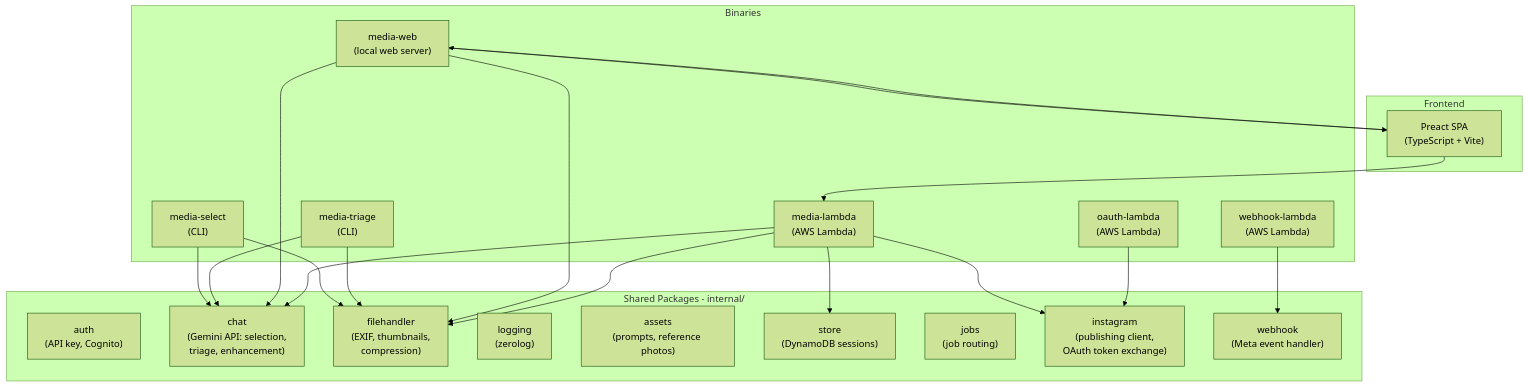
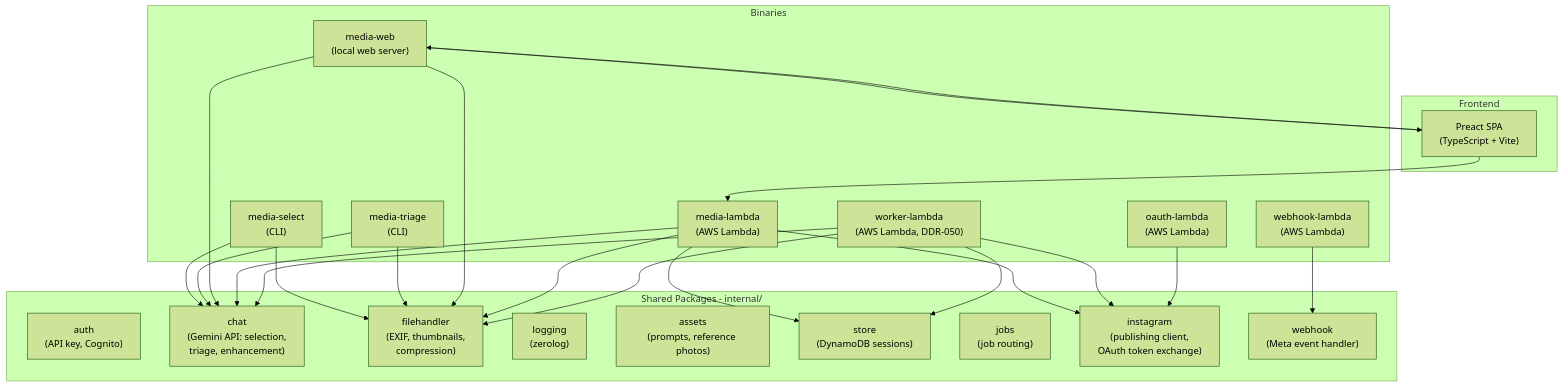
Before and after one commit to francis-pang/ai-social-media-helper: the first of 4 diagrams in docs/architecture.md, drawn with Mermaid (forest theme). The commit also changed other lines of this file and 25 other files, not shown here.

First line of the commit message:
feat: replace goroutines with async dispatch via Worker Lambda and DynamoDB (DDR-050)

````diff
--- a/docs/architecture.md
+++ b/docs/architecture.md
@@ -7,43 +7,48 @@
 ```mermaid
 graph TD
     subgraph binaries [Binaries]
         MediaSelect["media-select\n(CLI)"]
         MediaTriage["media-triage\n(CLI)"]
         MediaWeb["media-web\n(local web server)"]
         MediaLambda["media-lambda\n(AWS Lambda)"]
+        WorkerLambdaBin["worker-lambda\n(AWS Lambda, DDR-050)"]
         WebhookLambda["webhook-lambda\n(AWS Lambda)"]
         OAuthLambda["oauth-lambda\n(AWS Lambda)"]
     end
 
     subgraph internal [Shared Packages - internal/]
         Auth["auth\n(API key, Cognito)"]
         Chat["chat\n(Gemini API: selection,\ntriage, enhancement)"]
         FileHandler["filehandler\n(EXIF, thumbnails,\ncompression)"]
         Logging["logging\n(zerolog)"]
         Assets["assets\n(prompts, reference photos)"]
         Store["store\n(DynamoDB sessions)"]
         Jobs["jobs\n(job routing)"]
         Instagram["instagram\n(publishing client,\nOAuth token exchange)"]
         Webhook["webhook\n(Meta event handler)"]
     end
 
     subgraph frontend [Frontend]
         PreactSPA["Preact SPA\n(TypeScript + Vite)"]
     end
 
     MediaSelect --> Chat
     MediaSelect --> FileHandler
     MediaTriage --> Chat
     MediaTriage --> FileHandler
     MediaWeb --> Chat
     MediaWeb --> FileHandler
     MediaWeb --> PreactSPA
     MediaLambda --> Chat
     MediaLambda --> FileHandler
     MediaLambda --> Store
     MediaLambda --> Instagram
+    WorkerLambdaBin --> Chat
+    WorkerLambdaBin --> FileHandler
+    WorkerLambdaBin --> Store
+    WorkerLambdaBin --> Instagram
     WebhookLambda --> Webhook
     OAuthLambda --> Instagram
     PreactSPA --> MediaWeb
     PreactSPA --> MediaLambda
 ```
````
